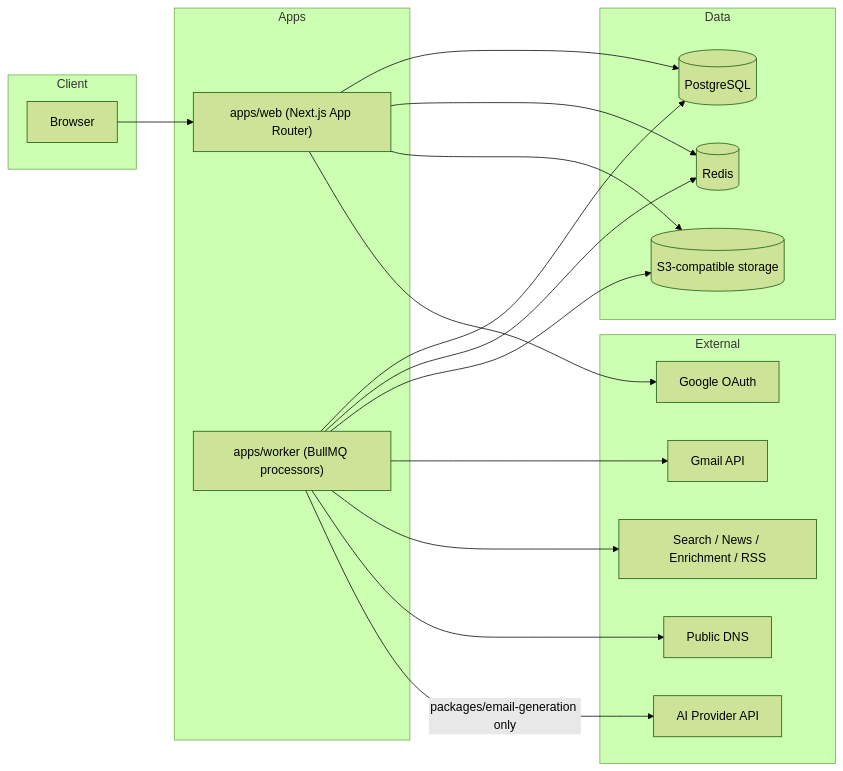
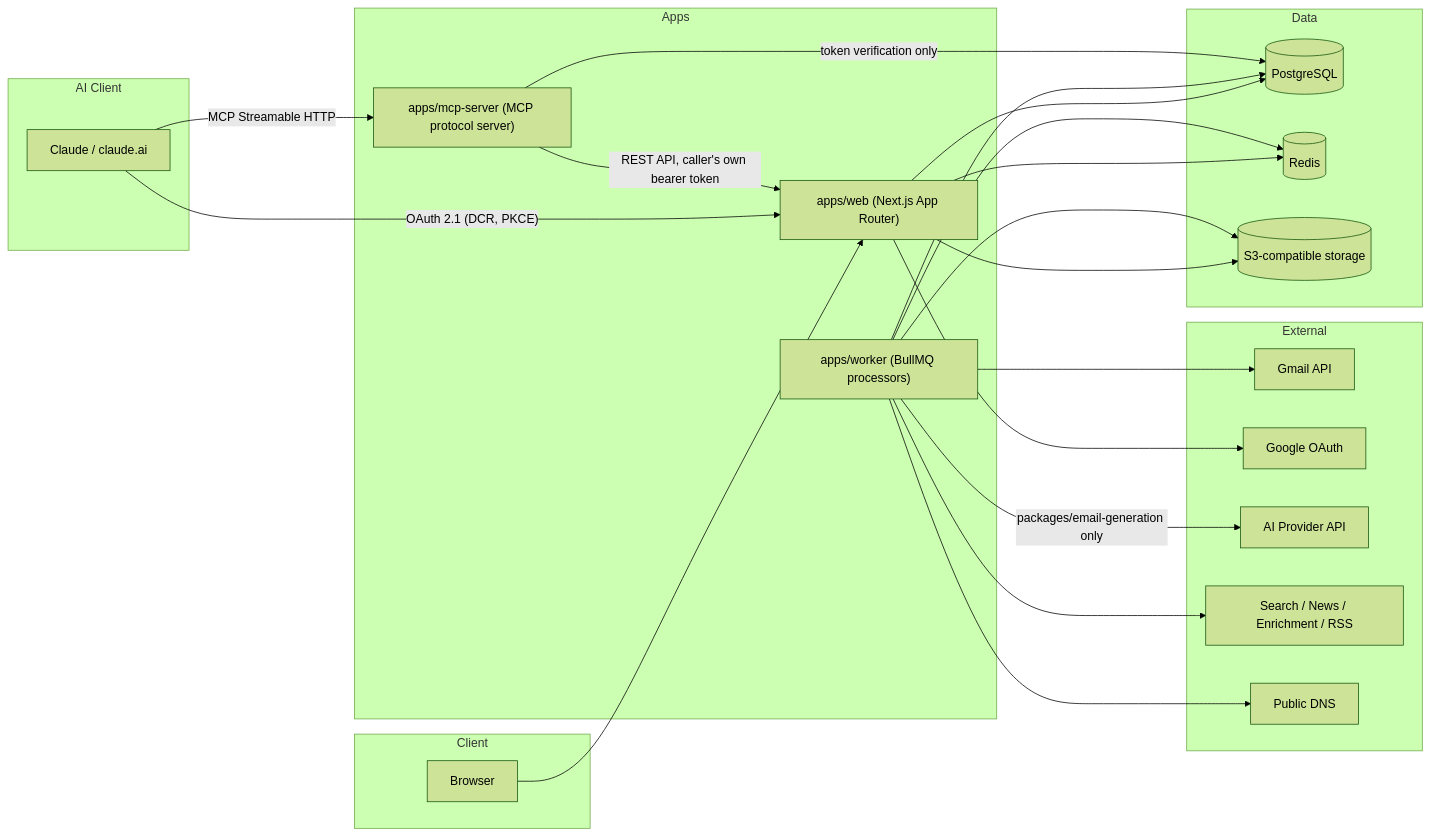
Before and after one commit to prabalp/mail-orbyt: the diagram in docs/architecture.md, drawn with Mermaid (forest theme). The commit also changed other lines of this file and 148 other files, not shown here.

````diff
--- a/docs/architecture.md
+++ b/docs/architecture.md
@@ -8,38 +8,47 @@
 ```mermaid
 flowchart LR
     subgraph Client
       Browser
     end
 
     subgraph Apps
       Web["apps/web (Next.js App Router)"]
       Worker["apps/worker (BullMQ processors)"]
+      McpServer["apps/mcp-server (MCP protocol server)"]
+    end
+
+    subgraph AI Client
+      Claude[Claude / claude.ai]
     end
 
     subgraph Data
       Postgres[(PostgreSQL)]
       Redis[(Redis)]
       Storage[(S3-compatible storage)]
     end
 
     subgraph External
       Gmail[Gmail API]
       GoogleOAuth[Google OAuth]
       AIProvider[AI Provider API]
       ResearchProviders[Search / News / Enrichment / RSS]
       DNS[Public DNS]
     end
 
     Browser --> Web
     Web --> Postgres
     Web --> Redis
     Web --> Storage
     Web --> GoogleOAuth
     Worker --> Postgres
     Worker --> Redis
     Worker --> Storage
     Worker --> Gmail
     Worker --> ResearchProviders
     Worker --> DNS
     Worker -->|"packages/email-generation only"| AIProvider
+    Claude -->|"OAuth 2.1 (DCR, PKCE)"| Web
+    Claude -->|"MCP Streamable HTTP"| McpServer
+    McpServer -->|"REST API, caller's own bearer token"| Web
+    McpServer -->|"token verification only"| Postgres
 ```
````
